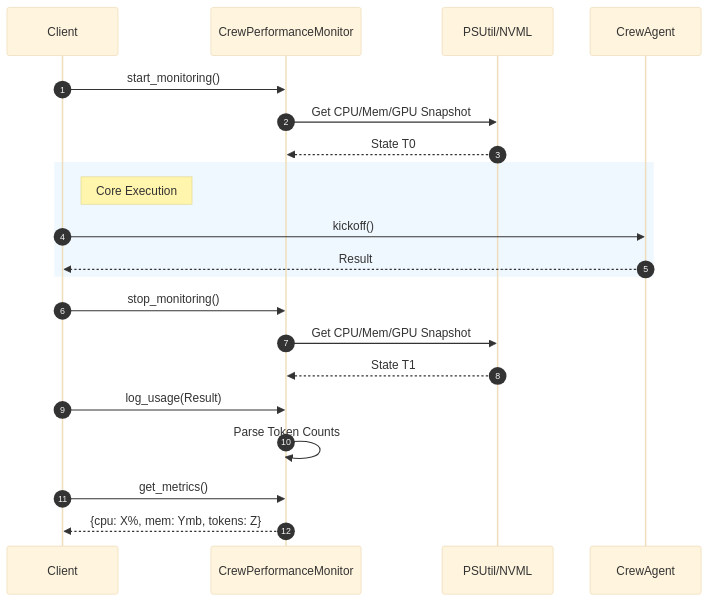
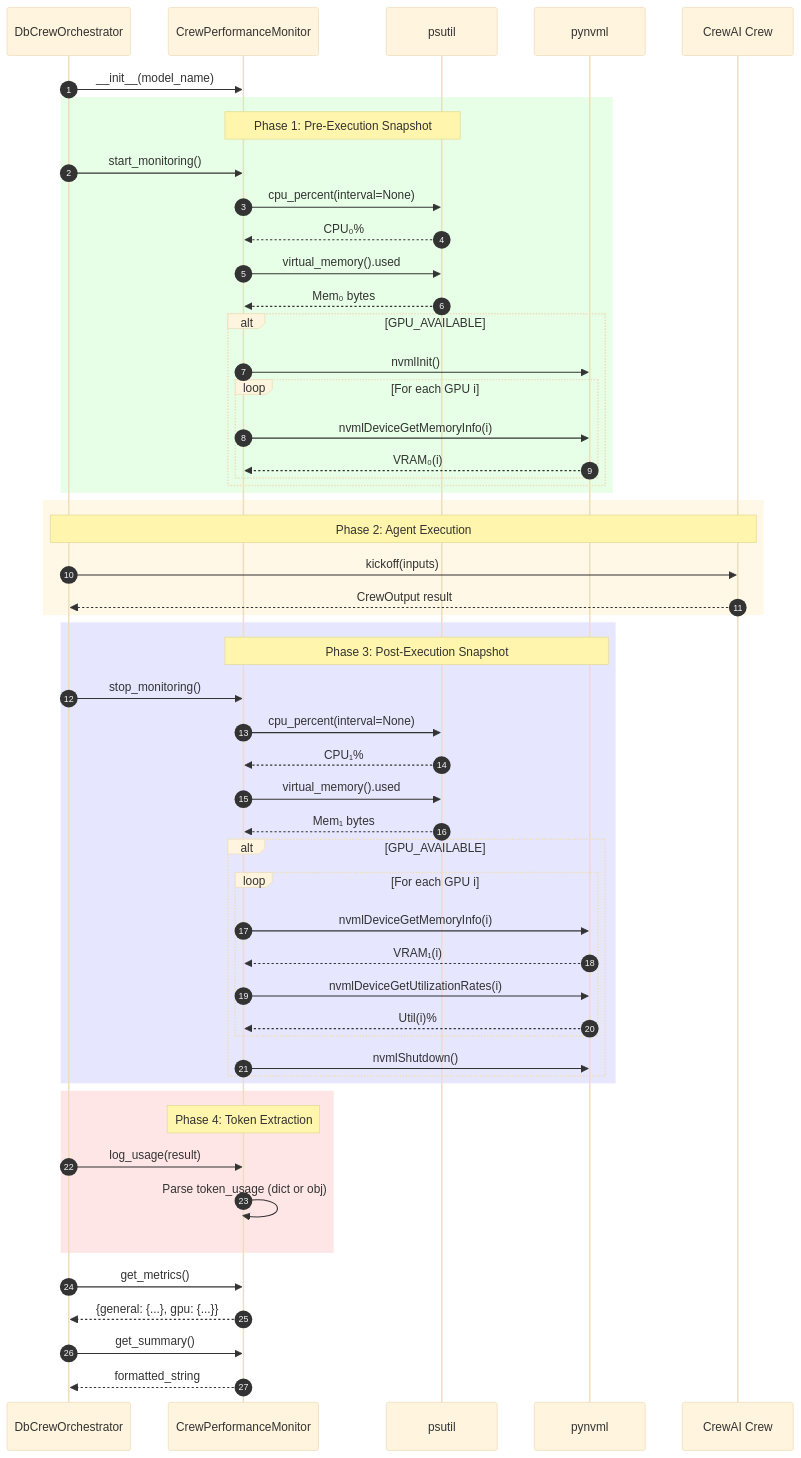
One commit to NikhilVijayakumar/Amsha changed the third of 6 diagrams in docs/paper/modules/crew_monitor/architecture.md. Above: the diagram before and after it, drawn with Mermaid. The commit also changed other lines of this file and 24 other files, not shown here.

````diff
--- a/docs/paper/modules/crew_monitor/architecture.md
+++ b/docs/paper/modules/crew_monitor/architecture.md
@@ -45,29 +154,65 @@
 ```mermaid
 %%{init: {'theme': 'base'}}%%
 sequenceDiagram
     autonumber
-    participant Client
+    participant Orch as DbCrewOrchestrator
     participant Monitor as CrewPerformanceMonitor
-    participant System as PSUtil/NVML
-    participant Crew as CrewAgent
+    participant PSUtil as psutil
+    participant NVML as pynvml
+    participant Crew as CrewAI Crew
 
-    Client->>Monitor: start_monitoring()
-    Monitor->>System: Get CPU/Mem/GPU Snapshot
-    System-->>Monitor: State T0
-    
-    rect rgb(240, 248, 255)
-        note right of Client: Core Execution
-        Client->>Crew: kickoff()
-        Crew-->>Client: Result
+    Orch->>Monitor: __init__(model_name)
+
+    rect rgb(230, 255, 230)
+        note over Monitor,PSUtil: Phase 1: Pre-Execution Snapshot
+        Orch->>Monitor: start_monitoring()
+        Monitor->>PSUtil: cpu_percent(interval=None)
+        PSUtil-->>Monitor: CPU₀%
+        Monitor->>PSUtil: virtual_memory().used
+        PSUtil-->>Monitor: Mem₀ bytes
+
+        alt GPU_AVAILABLE
+            Monitor->>NVML: nvmlInit()
+            loop For each GPU i
+                Monitor->>NVML: nvmlDeviceGetMemoryInfo(i)
+                NVML-->>Monitor: VRAM₀(i)
+            end
+        end
     end
 
-    Client->>Monitor: stop_monitoring()
-    Monitor->>System: Get CPU/Mem/GPU Snapshot
-    System-->>Monitor: State T1
-    
-    Client->>Monitor: log_usage(Result)
-    Monitor->>Monitor: Parse Token Counts
-    
-    Client->>Monitor: get_metrics()
-    Monitor-->>Client: {cpu: X%, mem: Ymb, tokens: Z}
+    rect rgb(255, 248, 230)
+        note over Orch,Crew: Phase 2: Agent Execution
+        Orch->>Crew: kickoff(inputs)
+        Crew-->>Orch: CrewOutput result
+    end
+
+    rect rgb(230, 230, 255)
+        note over Monitor,NVML: Phase 3: Post-Execution Snapshot
+        Orch->>Monitor: stop_monitoring()
+        Monitor->>PSUtil: cpu_percent(interval=None)
+        PSUtil-->>Monitor: CPU₁%
+        Monitor->>PSUtil: virtual_memory().used
+        PSUtil-->>Monitor: Mem₁ bytes
+
+        alt GPU_AVAILABLE
+            loop For each GPU i
+                Monitor->>NVML: nvmlDeviceGetMemoryInfo(i)
+                NVML-->>Monitor: VRAM₁(i)
+                Monitor->>NVML: nvmlDeviceGetUtilizationRates(i)
+                NVML-->>Monitor: Util(i)%
+            end
+            Monitor->>NVML: nvmlShutdown()
+        end
+    end
+
+    rect rgb(255, 230, 230)
+        note over Monitor: Phase 4: Token Extraction
+        Orch->>Monitor: log_usage(result)
+        Monitor->>Monitor: Parse token_usage (dict or obj)
+    end
+
+    Orch->>Monitor: get_metrics()
+    Monitor-->>Orch: {general: {...}, gpu: {...}}
+    Orch->>Monitor: get_summary()
+    Monitor-->>Orch: formatted_string
 ```
````
